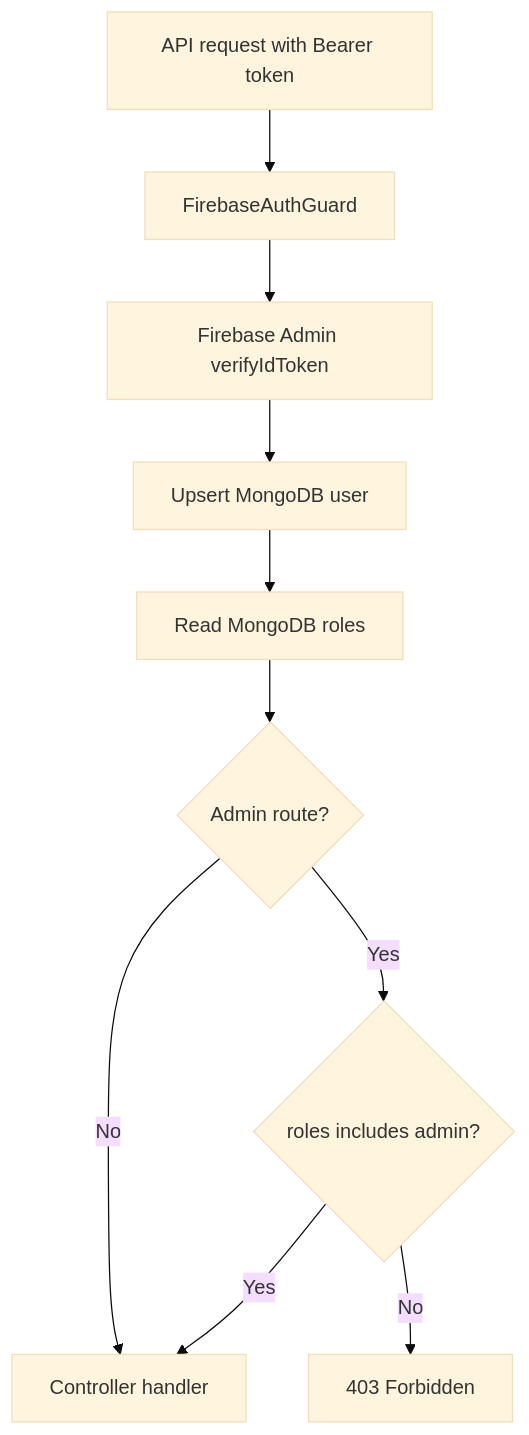
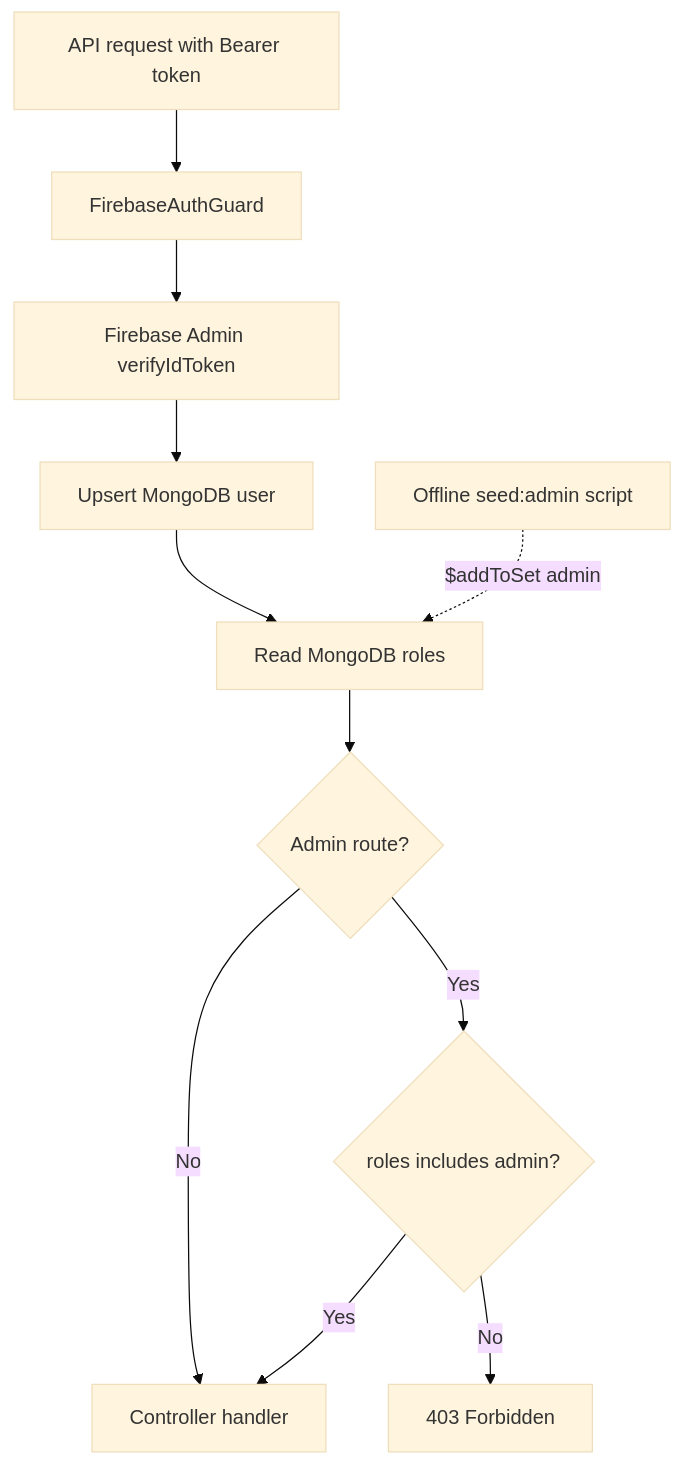
Before and after one commit to Himansha2001/rently: the diagram in docs/diagrams/auth-rbac-flow.md, drawn with Mermaid (base theme). The commit also changed 65 other files, not shown here.

````diff
--- a/docs/diagrams/auth-rbac-flow.md
+++ b/docs/diagrams/auth-rbac-flow.md
@@ -3,12 +3,13 @@
 ```mermaid
 flowchart TD
   Request["API request with Bearer token"] --> Guard["FirebaseAuthGuard"]
   Guard --> Verify["Firebase Admin verifyIdToken"]
   Verify --> Upsert["Upsert MongoDB user"]
   Upsert --> Roles["Read MongoDB roles"]
+  Seed["Offline seed:admin script"] -. "$addToSet admin" .-> Roles
   Roles --> IsAdmin{"Admin route?"}
   IsAdmin -- No --> Handler["Controller handler"]
   IsAdmin -- Yes --> CheckAdmin{"roles includes admin?"}
   CheckAdmin -- Yes --> Handler
   CheckAdmin -- No --> Forbidden["403 Forbidden"]
 ```
````
